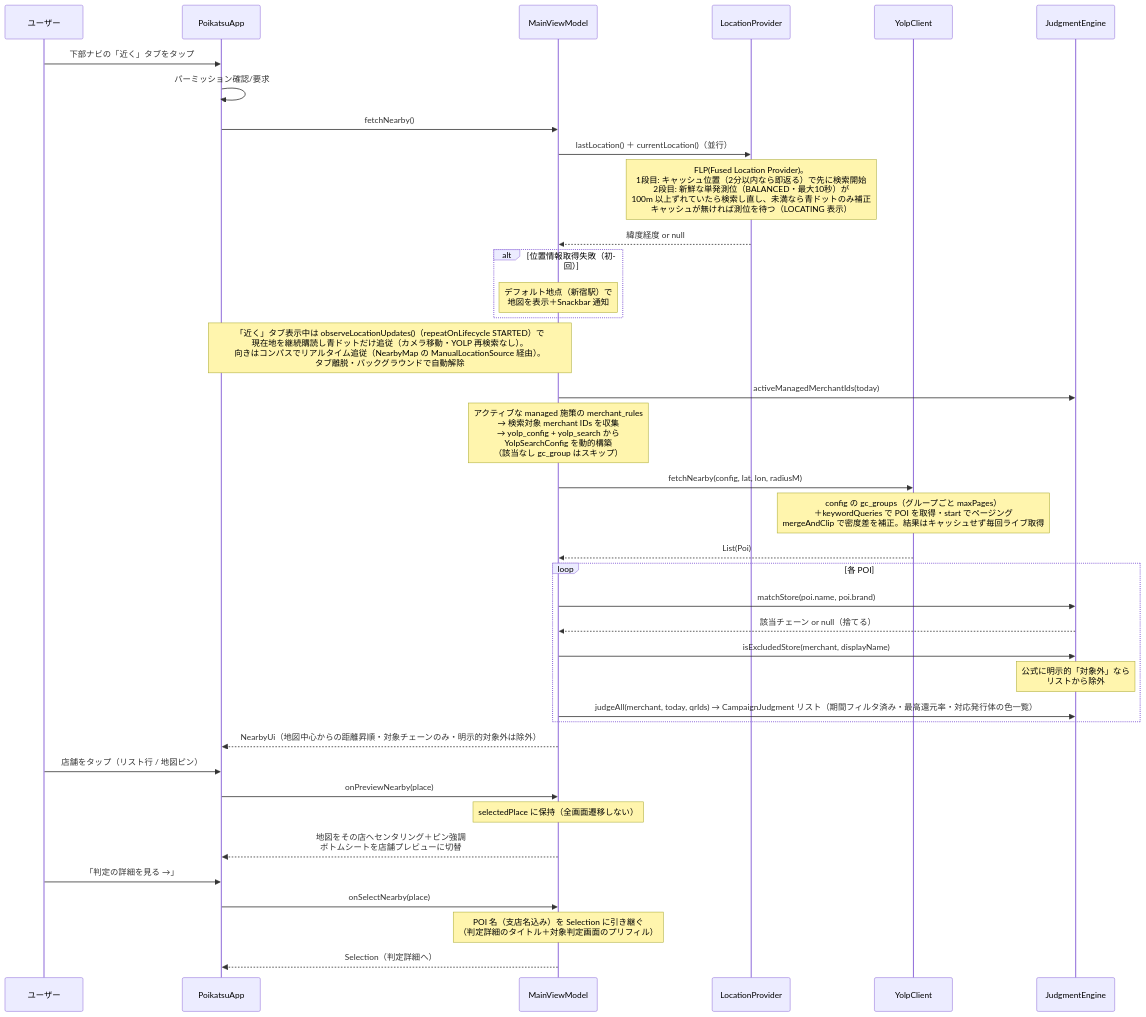
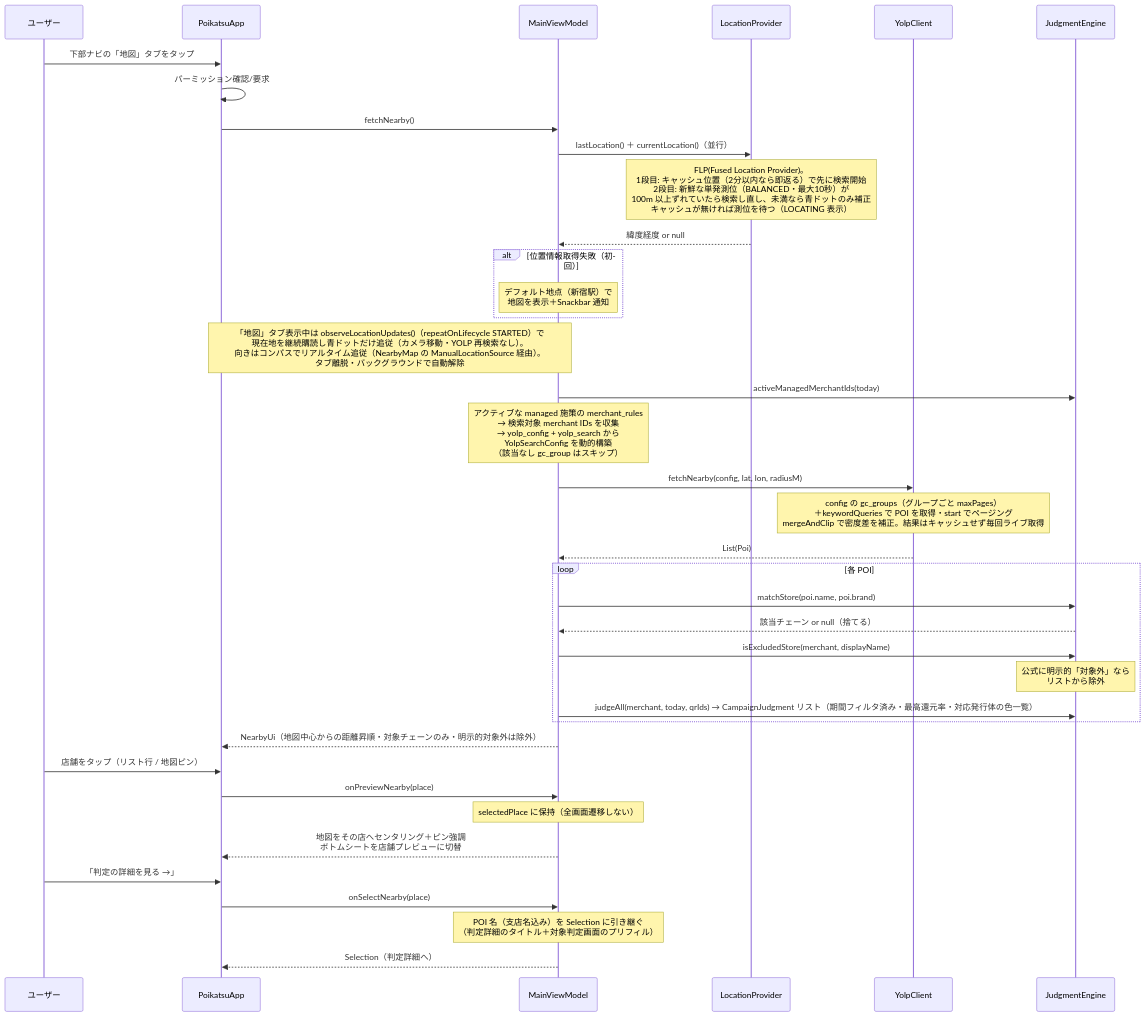
One commit to ktakjm/poikatsu changed the sixth of 6 diagrams in docs/code-guide.md. Above: the diagram before and after it, drawn with Mermaid. The commit also changed other lines of this file and 18 other files, not shown here.

First line of the commit message:
feat: 下部ナビのタブ名とアイコンを刷新(お店・地図・期間限定)

````diff
--- a/docs/code-guide.md
+++ b/docs/code-guide.md
@@ -493,41 +493,41 @@
 ```mermaid
 sequenceDiagram
     participant U as ユーザー
     participant SC as PoikatsuApp
     participant VM as MainViewModel
     participant LP as LocationProvider
     participant YC as YolpClient
     participant JE as JudgmentEngine
 
-    U->>SC: 下部ナビの「近く」タブをタップ
+    U->>SC: 下部ナビの「地図」タブをタップ
     SC->>SC: パーミッション確認/要求
     SC->>VM: fetchNearby()
     VM->>LP: lastLocation() ＋ currentLocation()（並行）
     Note over LP: FLP(Fused Location Provider)。<br/>1段目: キャッシュ位置（2分以内なら即返る）で先に検索開始<br/>2段目: 新鮮な単発測位（BALANCED・最大10秒）が<br/>100m 以上ずれていたら検索し直し、未満なら青ドットのみ補正<br/>キャッシュが無ければ測位を待つ（LOCATING 表示）
     LP-->>VM: 緯度経度 or null
     alt 位置情報取得失敗（初回）
         Note over VM: デフォルト地点（新宿駅）で<br/>地図を表示＋Snackbar 通知
     end
-    Note over SC,VM: 「近く」タブ表示中は observeLocationUpdates()（repeatOnLifecycle STARTED）で<br/>現在地を継続購読し青ドットだけ追従（カメラ移動・YOLP 再検索なし）。<br/>向きはコンパスでリアルタイム追従（NearbyMap の ManualLocationSource 経由）。<br/>タブ離脱・バックグラウンドで自動解除
+    Note over SC,VM: 「地図」タブ表示中は observeLocationUpdates()（repeatOnLifecycle STARTED）で<br/>現在地を継続購読し青ドットだけ追従（カメラ移動・YOLP 再検索なし）。<br/>向きはコンパスでリアルタイム追従（NearbyMap の ManualLocationSource 経由）。<br/>タブ離脱・バックグラウンドで自動解除
     VM->>JE: activeManagedMerchantIds(today)
     Note over VM: アクティブな managed 施策の merchant_rules<br/>→ 検索対象 merchant IDs を収集<br/>→ yolp_config + yolp_search から<br/>YolpSearchConfig を動的構築<br/>（該当なし gc_group はスキップ）
     VM->>YC: fetchNearby(config, lat, lon, radiusM)
     Note over YC: config の gc_groups（グループごと maxPages）<br/>＋keywordQueries で POI を取得・start でページング<br/>mergeAndClip で密度差を補正。結果はキャッシュせず毎回ライブ取得
     YC-->>VM: List(Poi)
     loop 各 POI
         VM->>JE: matchStore(poi.name, poi.brand)
         JE-->>VM: 該当チェーン or null（捨てる）
         VM->>JE: isExcludedStore(merchant, displayName)
         Note over JE: 公式に明示的「対象外」なら<br/>リストから除外
         VM->>JE: judgeAll(merchant, today, qrIds) → CampaignJudgment リスト（期間フィルタ済み・最高還元率・対応発行体の色一覧）
     end
     VM-->>SC: NearbyUi（地図中心からの距離昇順・対象チェーンのみ・明示的対象外は除外）
     U->>SC: 店舗をタップ（リスト行 / 地図ピン）
     SC->>VM: onPreviewNearby(place)
     Note over VM: selectedPlace に保持（全画面遷移しない）
     VM-->>SC: 地図をその店へセンタリング＋ピン強調<br/>ボトムシートを店舗プレビューに切替
     U->>SC: 「判定の詳細を見る →」
     SC->>VM: onSelectNearby(place)
     Note over VM: POI 名（支店名込み）を Selection に引き継ぐ<br/>（判定詳細のタイトル＋対象判定画面のプリフィル）
     VM-->>SC: Selection（判定詳細へ）
 ```
````
